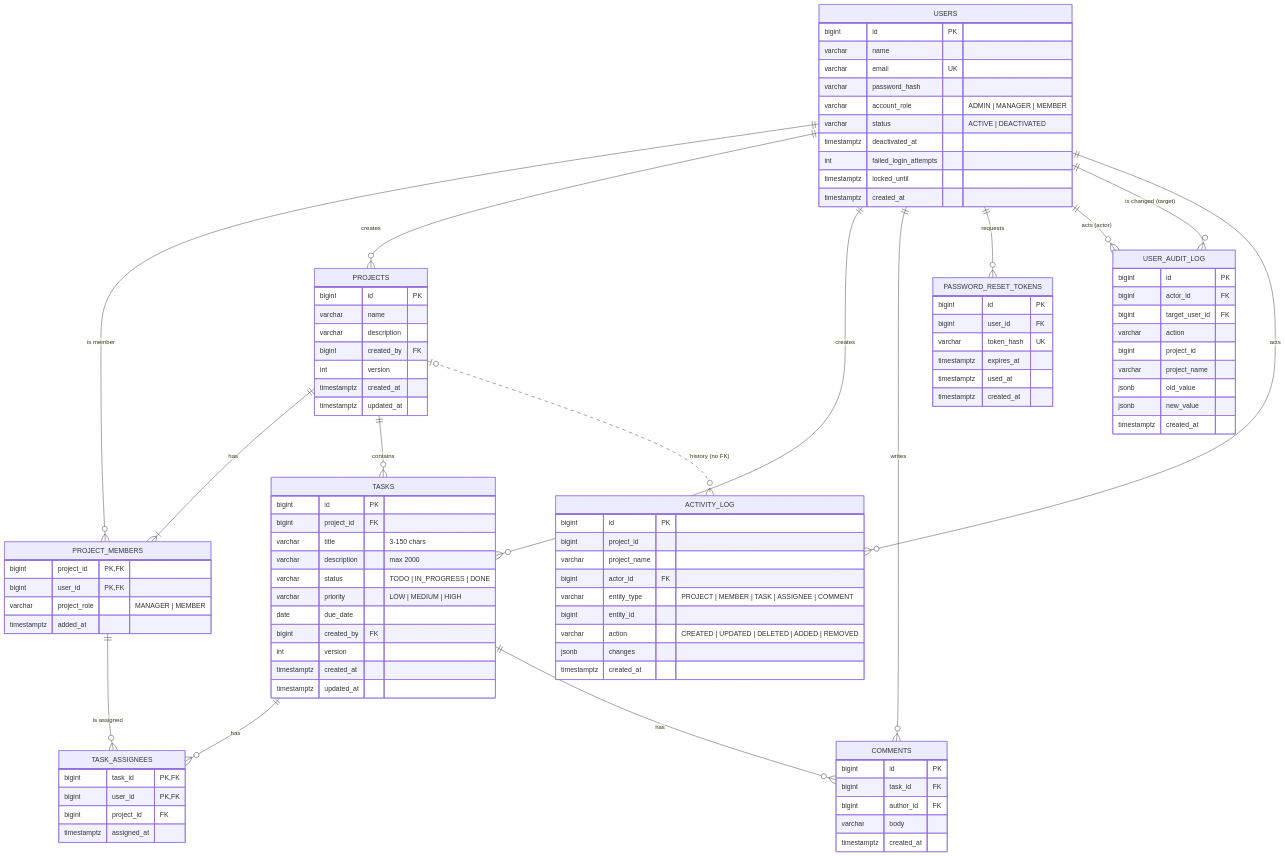
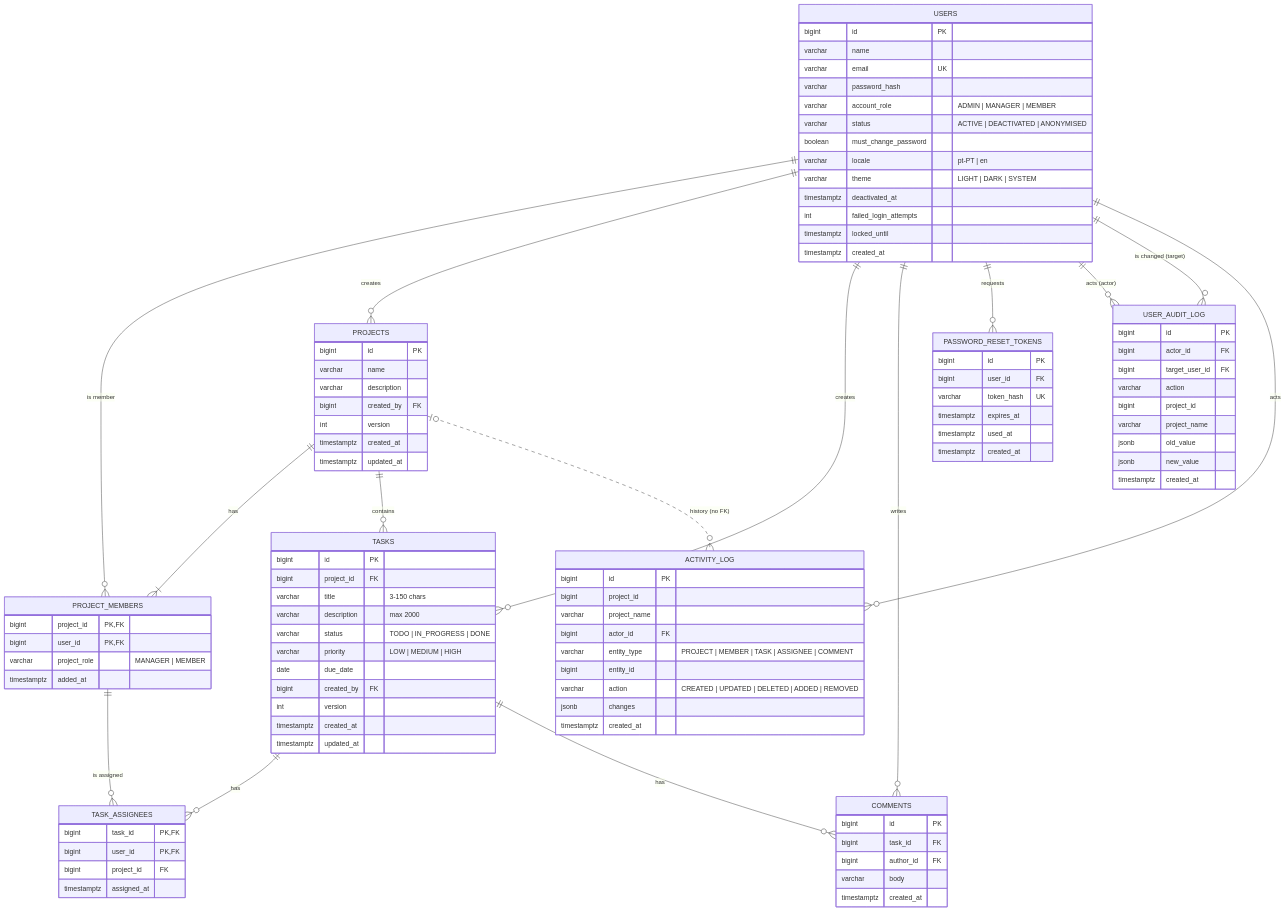
One commit to davidmarquees/matriz-task-manager changed the diagram in docs/database.md. Above: the diagram before and after it, drawn with Mermaid. The commit also changed other lines of this file and 12 other files, not shown here.

Commit message:
Add dashboard wireframes (desktop, mobile, light and dark) and bilingual, responsive and theme requirements

```diff
--- a/docs/database.md
+++ b/docs/database.md
@@ -213,7 +218,10 @@
         varchar email UK
         varchar password_hash
         varchar account_role "ADMIN | MANAGER | MEMBER"
-        varchar status "ACTIVE | DEACTIVATED"
+        varchar status "ACTIVE | DEACTIVATED | ANONYMISED"
+        boolean must_change_password
+        varchar locale "pt-PT | en"
+        varchar theme "LIGHT | DARK | SYSTEM"
         timestamptz deactivated_at
         int failed_login_attempts
         timestamptz locked_until
```
